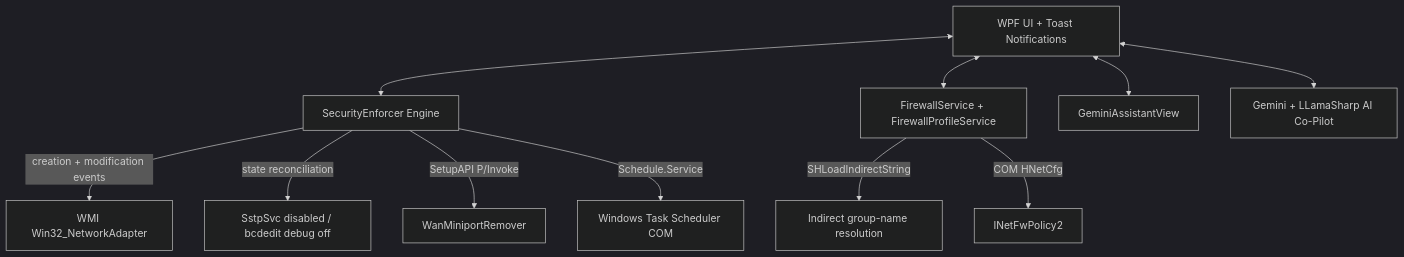
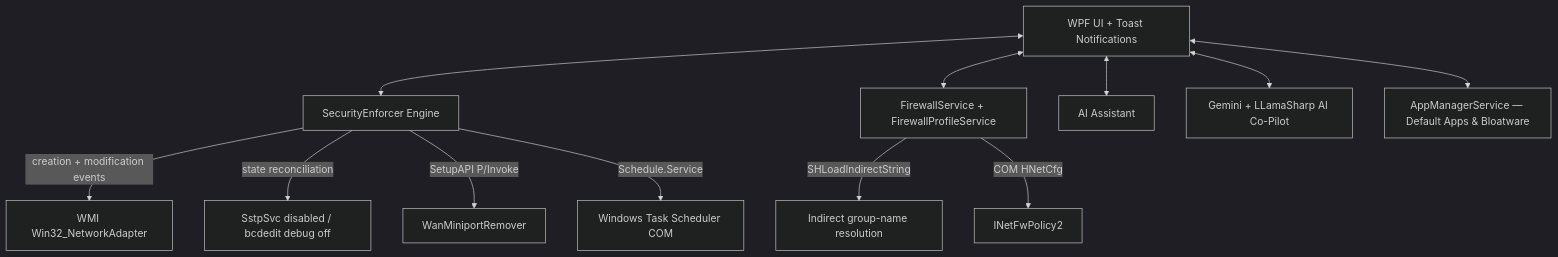
The diagram in README.md (dparksports/AutoCommand), drawn with Mermaid (dark theme) before and after one commit. The commit also changed other lines of this file and 10 other files, not shown here.

````diff
--- a/README.md
+++ b/README.md
@@ -142,13 +148,14 @@
 ```mermaid
 graph TD
     UI[WPF UI + Toast Notifications] <--> Enforcer[SecurityEnforcer Engine]
     UI <--> FW[FirewallService + FirewallProfileService]
-    UI <--> Assistant[GeminiAssistantView]
+    UI <--> Assistant[AI Assistant]
     FW -->|SHLoadIndirectString| Resolve[Indirect group-name resolution]
     FW -->|COM HNetCfg| NetFw[INetFwPolicy2]
     Enforcer -->|creation + modification events| AdapterEvents[WMI Win32_NetworkAdapter]
     Enforcer -->|state reconciliation| Reassert[SstpSvc disabled / bcdedit debug off]
     Enforcer -->|SetupAPI P/Invoke| NativeDevice[WanMiniportRemover]
     Enforcer -->|Schedule.Service| TaskSched[Windows Task Scheduler COM]
     UI <--> AI[Gemini + LLamaSharp AI Co-Pilot]
+    UI <--> Apps[AppManagerService — Default Apps & Bloatware]
 ```
````
